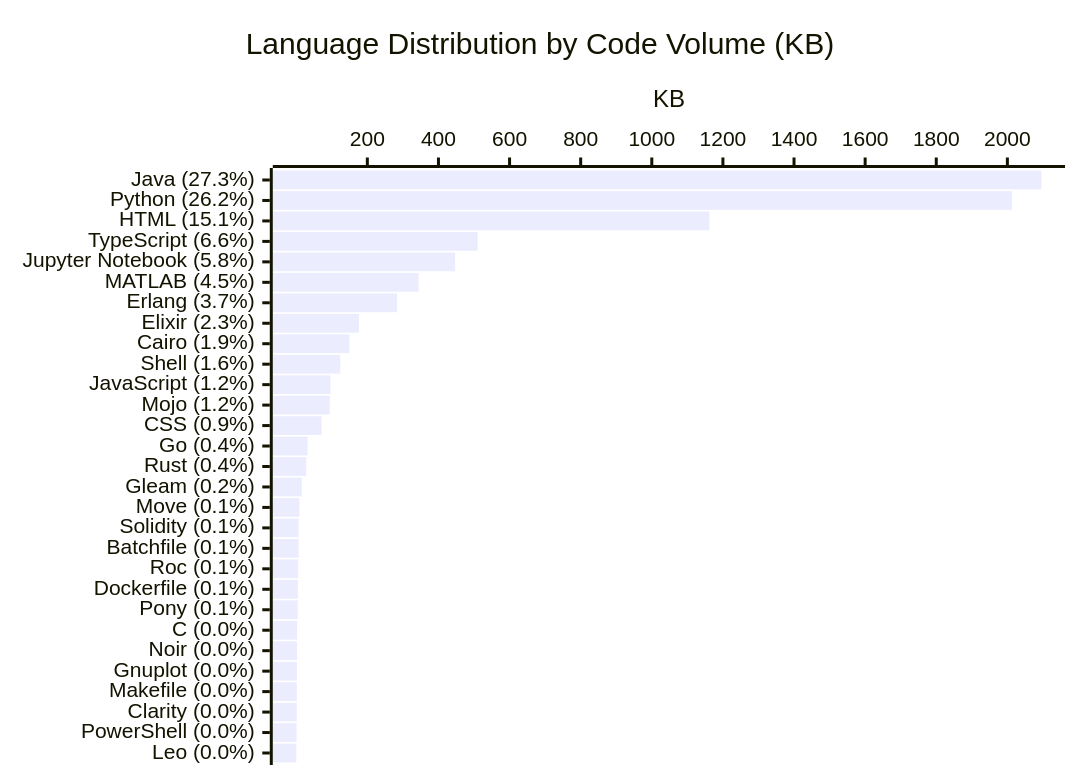
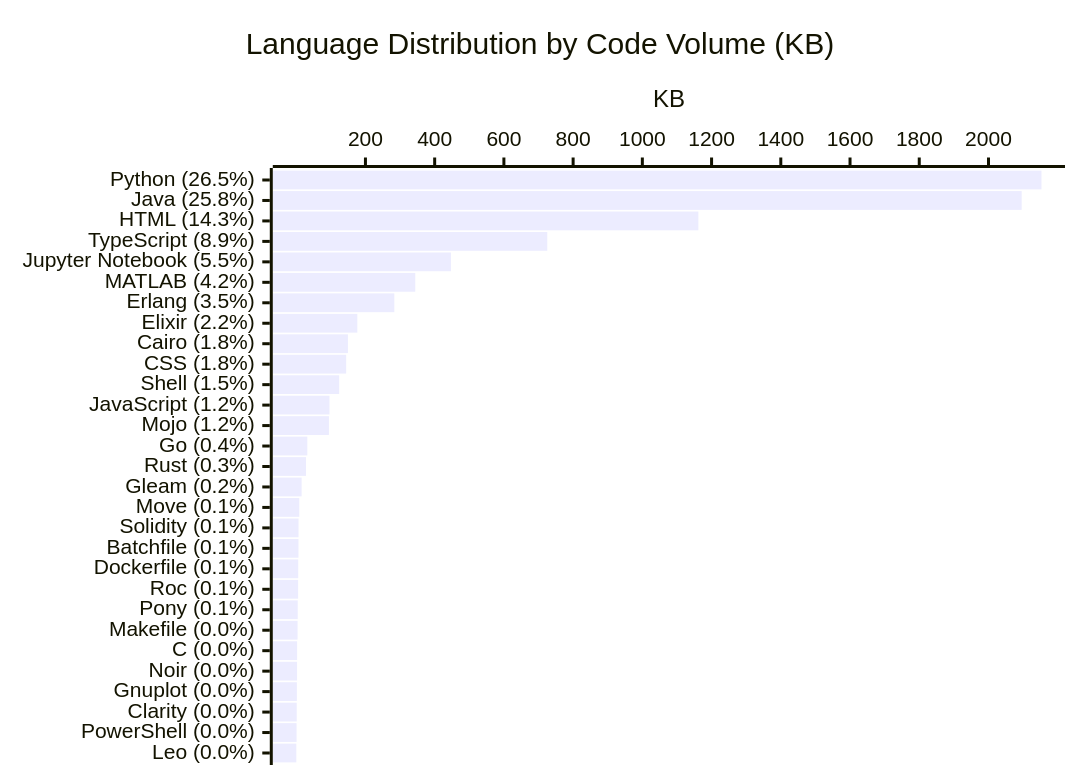
The diagram in profile/README.md (KathiraveluLab/.github), drawn with Mermaid before and after one commit. The commit also changed other lines of this file and 1 other file, not shown here.

````diff
--- a/profile/README.md
+++ b/profile/README.md
@@ -67,7 +67,7 @@
 ```mermaid
 xychart-beta horizontal
     title "Language Distribution by Code Volume (KB)"
-    x-axis ["Java (27.3%)", "Python (26.2%)", "HTML (15.1%)", "TypeScript (6.6%)", "Jupyter Notebook (5.8%)", "MATLAB (4.5%)", "Erlang (3.7%)", "Elixir (2.3%)", "Cairo (1.9%)", "Shell (1.6%)", "JavaScript (1.2%)", "Mojo (1.2%)", "CSS (0.9%)", "Go (0.4%)", "Rust (0.4%)", "Gleam (0.2%)", "Move (0.1%)", "Solidity (0.1%)", "Batchfile (0.1%)", "Roc (0.1%)", "Dockerfile (0.1%)", "Pony (0.1%)", "C (0.0%)", "Noir (0.0%)", "Gnuplot (0.0%)", "Makefile (0.0%)", "Clarity (0.0%)", "PowerShell (0.0%)", "Leo (0.0%)"]
+    x-axis ["Python (26.5%)", "Java (25.8%)", "HTML (14.3%)", "TypeScript (8.9%)", "Jupyter Notebook (5.5%)", "MATLAB (4.2%)", "Erlang (3.5%)", "Elixir (2.2%)", "Cairo (1.8%)", "CSS (1.8%)", "Shell (1.5%)", "JavaScript (1.2%)", "Mojo (1.2%)", "Go (0.4%)", "Rust (0.3%)", "Gleam (0.2%)", "Move (0.1%)", "Solidity (0.1%)", "Batchfile (0.1%)", "Dockerfile (0.1%)", "Roc (0.1%)", "Pony (0.1%)", "Makefile (0.0%)", "C (0.0%)", "Noir (0.0%)", "Gnuplot (0.0%)", "Clarity (0.0%)", "PowerShell (0.0%)", "Leo (0.0%)"]
     y-axis "KB"
-    bar [2095.91, 2012.74, 1161.96, 510.3, 446.91, 343.93, 283.41, 176.6, 149.42, 124.1, 96.07, 94.5, 71.2, 32.03, 28.25, 15.66, 8.83, 6.65, 6.48, 5.51, 4.59, 4.41, 2.58, 2.46, 1.82, 1.71, 1.53, 1.02, 0.26]
+    bar [2153.14, 2095.91, 1161.88, 725.38, 446.91, 343.93, 283.41, 176.6, 149.42, 144.32, 124.1, 96.07, 94.5, 32.03, 28.25, 15.66, 8.83, 6.65, 6.48, 5.75, 5.51, 4.41, 3.91, 2.58, 2.46, 1.82, 1.53, 1.02, 0.26]
 ```
````
